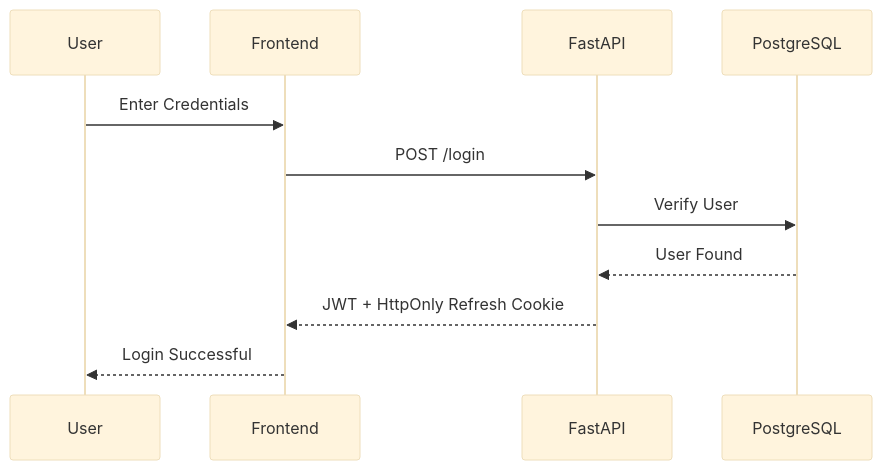
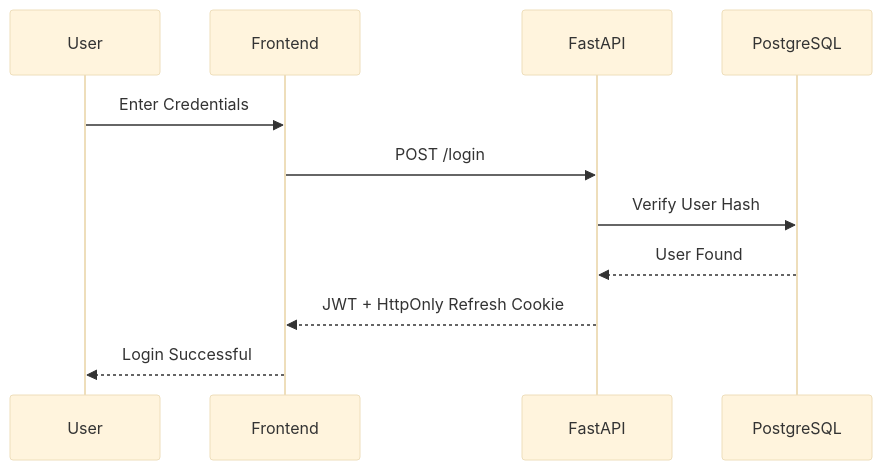
Before and after one commit to Saralfury/knmiet-connect: the third of 7 diagrams in README.md, drawn with Mermaid (base theme). The commit also changed other lines of this file, not shown here.

Commit message:
docs: Completely restore and expand README to flagship 42-section architecture-first format

````diff
--- a/README.md
+++ b/README.md
@@ -443,20 +242,15 @@
 ```mermaid
 sequenceDiagram
 
 participant User
 participant Frontend
 participant FastAPI
 participant PostgreSQL
 
 User->>Frontend: Enter Credentials
-
 Frontend->>FastAPI: POST /login
-
-FastAPI->>PostgreSQL: Verify User
-
+FastAPI->>PostgreSQL: Verify User Hash
 PostgreSQL-->>FastAPI: User Found
-
 FastAPI-->>Frontend: JWT + HttpOnly Refresh Cookie
-
 Frontend-->>User: Login Successful
 ```
````
